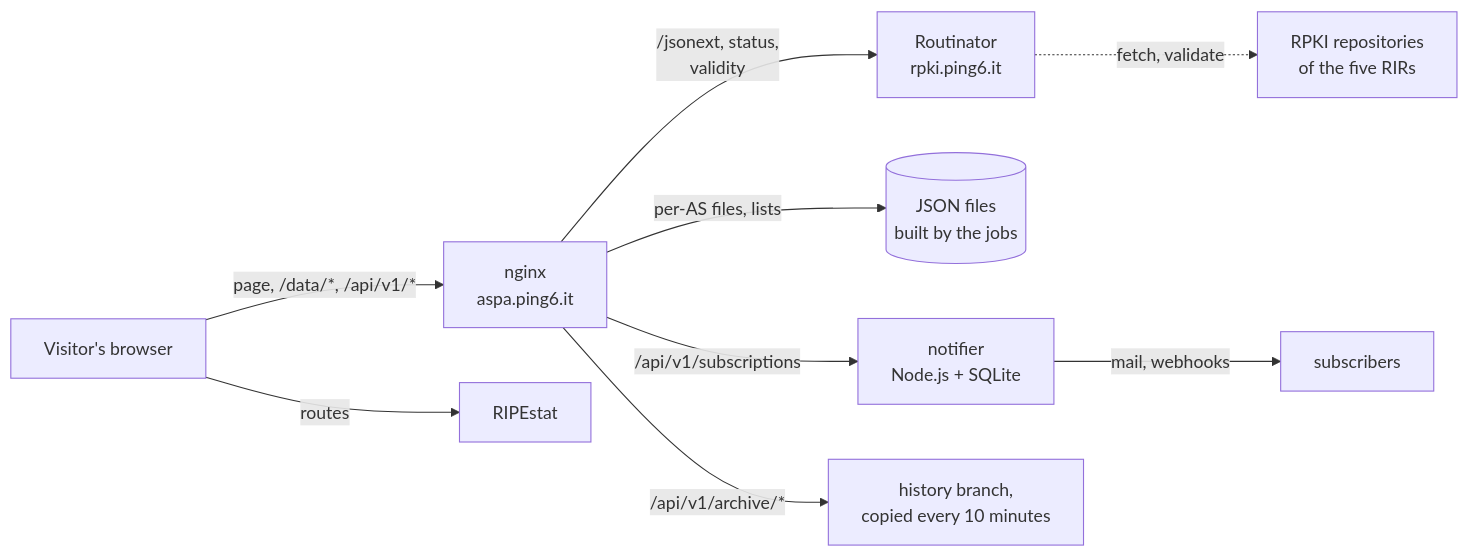
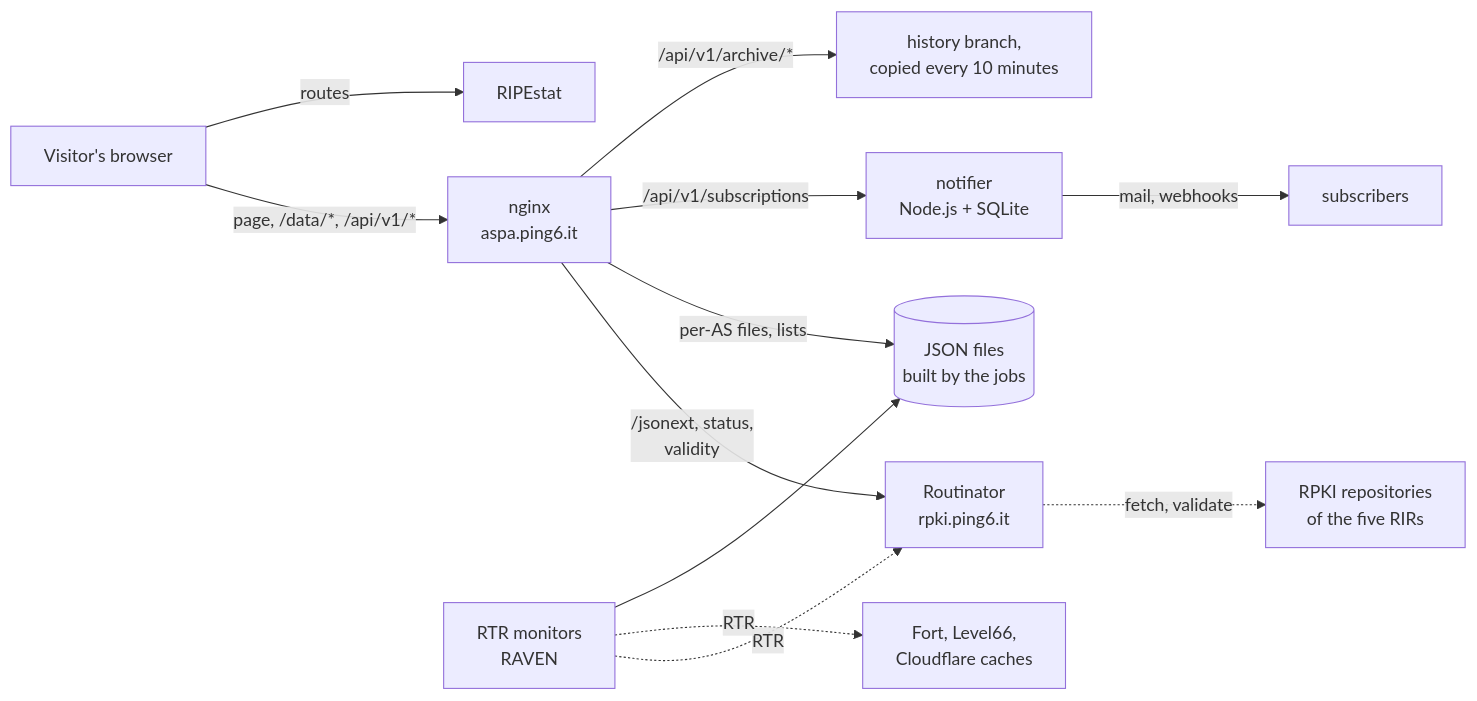
Before and after one commit to Antonio-Prado/aspa-explorer: the second of 2 diagrams in README.md, drawn with Mermaid. The commit also changed 15 other files, not shown here.

Commit message:
1.59.2: the caches side by side: the note of a cache under its name, the sentence above the table counts the validators of the site and the references; SECURITY.md on the RTR monitors and the second validator; the monitors in the diagram of the README

````diff
--- a/README.md
+++ b/README.md
@@ -271,16 +271,20 @@
 ```mermaid
 flowchart LR
     V["Visitor's browser"] -->|"page, /data/*, /api/v1/*"| N["nginx<br>aspa.ping6.it"]
     N -->|"/jsonext, status,<br>validity"| R["Routinator<br>rpki.ping6.it"]
     N -->|"per-AS files, lists"| F[("JSON files<br>built by the jobs")]
     N -->|"/api/v1/subscriptions"| S["notifier<br>Node.js + SQLite"]
     S -->|"mail, webhooks"| U["subscribers"]
     R -.->|"fetch, validate"| T["RPKI repositories<br>of the five RIRs"]
     V -->|"routes"| P["RIPEstat"]
     N -->|"/api/v1/archive/*"| H["history branch,<br>copied every 10 minutes"]
+    M["RTR monitors<br>RAVEN"] -.->|"RTR"| R
+    M -.->|"RTR"| C["Fort, Level66,<br>Cloudflare caches"]
+    M --> F
     click V "https://github.com/Antonio-Prado/aspa-explorer#features"
     click N "https://github.com/Antonio-Prado/aspa-explorer/wiki/Deployment#what-the-nginx-configuration-does"
     click F "https://aspa.ping6.it/api.html"
     click S "https://github.com/Antonio-Prado/aspa-explorer/wiki/Deployment#notifications-optional"
     click H "https://github.com/Antonio-Prado/aspa-explorer/wiki/Deployment#rebuilding-the-history"
+    click M "https://github.com/Antonio-Prado/aspa-explorer/wiki/Deployment#the-rtr-monitor-optional"
 ```
````
